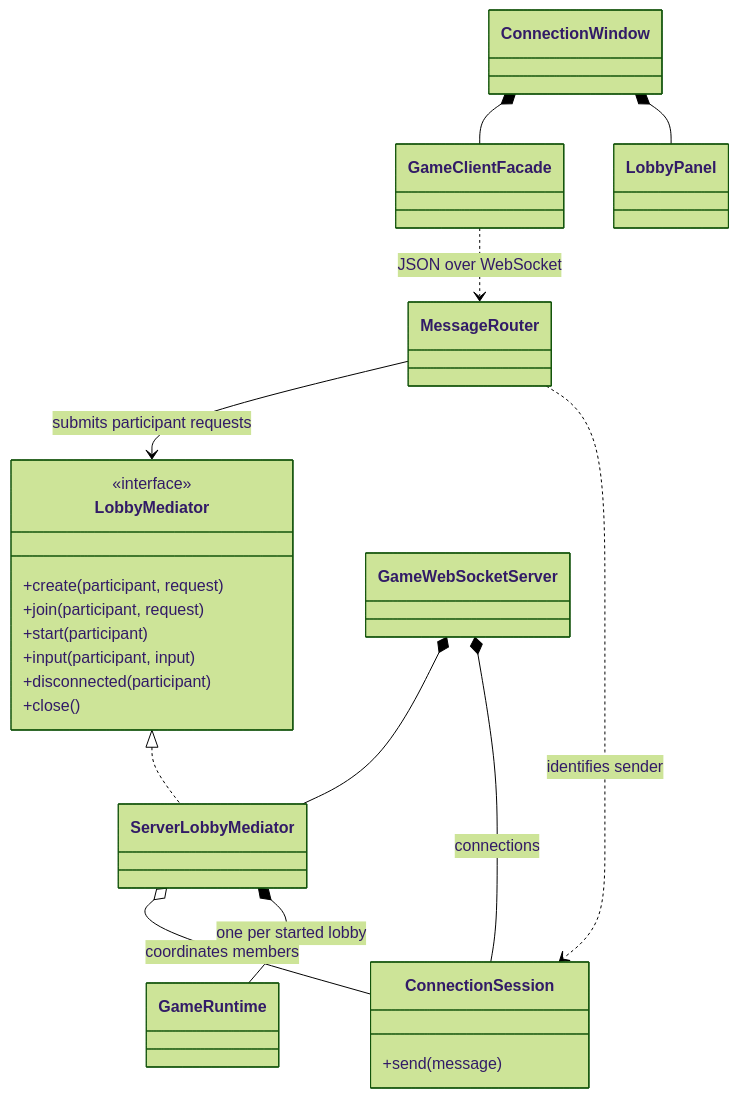
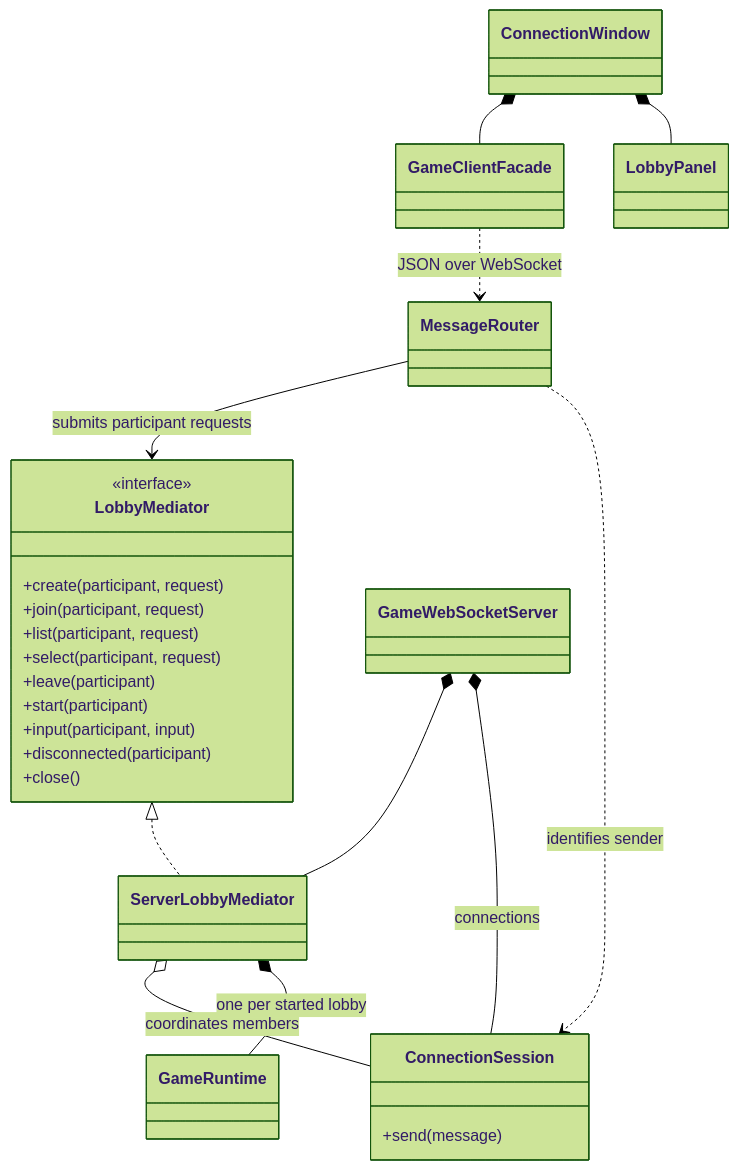
One commit to Titaliukas/Paskutinis-atsiskaitymas changed the diagram in docs/mediator-lobbies.md. Above: the diagram before and after it, drawn with Mermaid (forest theme). The commit also changed other lines of this file and 44 other files, not shown here.

````diff
--- a/docs/mediator-lobbies.md
+++ b/docs/mediator-lobbies.md
@@ -18,32 +18,35 @@
 ```mermaid
 classDiagram
     class LobbyMediator {
         <<interface>>
         +create(participant, request)
         +join(participant, request)
+        +list(participant, request)
+        +select(participant, request)
+        +leave(participant)
         +start(participant)
         +input(participant, input)
         +disconnected(participant)
         +close()
     }
     class ServerLobbyMediator
     class ConnectionSession {
         +send(message)
     }
     class MessageRouter
     class GameWebSocketServer
     class GameRuntime
     class GameClientFacade
     class ConnectionWindow
     class LobbyPanel
     LobbyMediator <|.. ServerLobbyMediator
     GameWebSocketServer *-- ServerLobbyMediator
     GameWebSocketServer *-- ConnectionSession : connections
     MessageRouter --> LobbyMediator : submits participant requests
     MessageRouter ..> ConnectionSession : identifies sender
     ServerLobbyMediator o-- ConnectionSession : coordinates members
     ServerLobbyMediator *-- GameRuntime : one per started lobby
     ConnectionWindow *-- GameClientFacade
     ConnectionWindow *-- LobbyPanel
     GameClientFacade ..> MessageRouter : JSON over WebSocket
 ```
````
